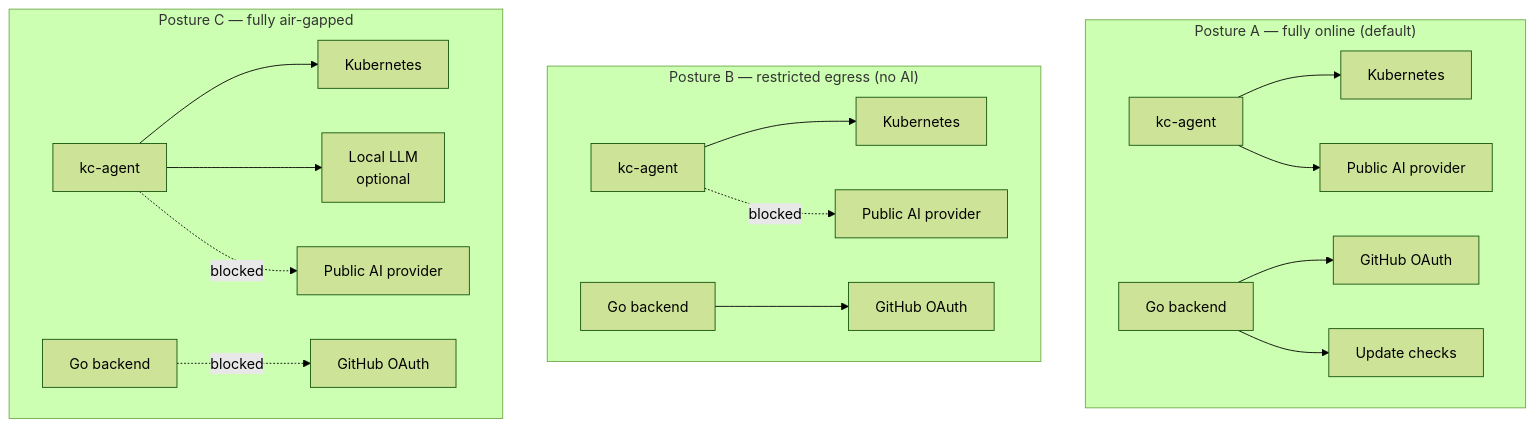
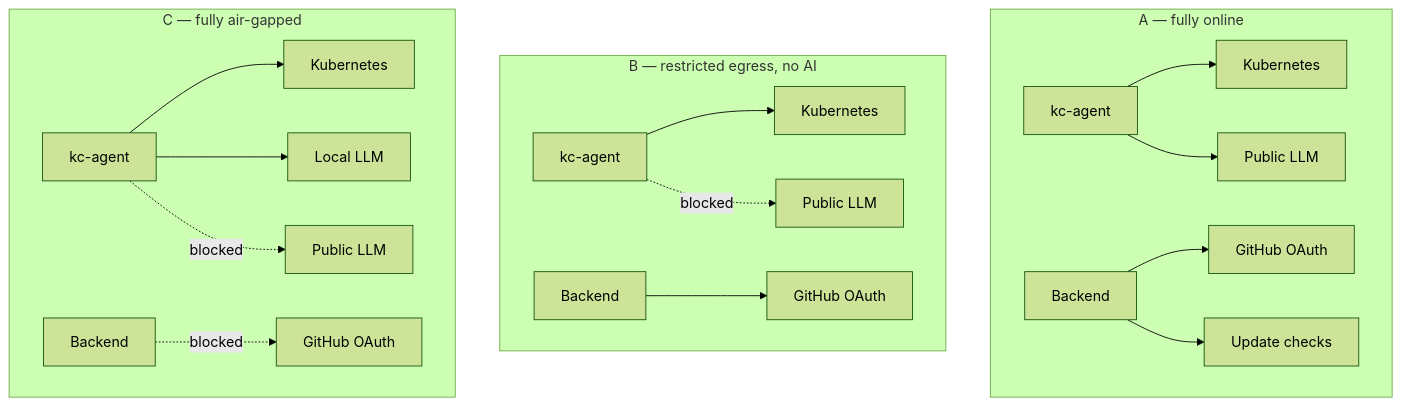
The third of 4 diagrams in docs/content/console/security-model.md (kubestellar/docs), drawn with Mermaid (forest theme) before and after one commit. The commit also changed other lines of this file, not shown here.

Commit message:
📖 docs(console): shorten mermaid node labels to fix truncation

````diff
--- a/docs/content/console/security-model.md
+++ b/docs/content/console/security-model.md
@@ -112,25 +122,25 @@
 ```mermaid
 flowchart TB
-    subgraph A["Posture A — fully online (default)"]
+    subgraph A["A — fully online"]
         direction LR
         A_KA[kc-agent] --> A_K8S[Kubernetes]
-        A_KA --> A_AI[Public AI provider]
-        A_GB[Go backend] --> A_GH[GitHub OAuth]
+        A_KA --> A_AI[Public LLM]
+        A_GB[Backend] --> A_GH[GitHub OAuth]
         A_GB --> A_UP[Update checks]
     end
 
-    subgraph B["Posture B — restricted egress (no AI)"]
+    subgraph B["B — restricted egress, no AI"]
         direction LR
         B_KA[kc-agent] --> B_K8S[Kubernetes]
-        B_KA -.blocked.-> B_AI[Public AI provider]
-        B_GB[Go backend] --> B_GH[GitHub OAuth]
+        B_KA -.blocked.-> B_AI[Public LLM]
+        B_GB[Backend] --> B_GH[GitHub OAuth]
     end
 
-    subgraph C["Posture C — fully air-gapped"]
+    subgraph C["C — fully air-gapped"]
         direction LR
         C_KA[kc-agent] --> C_K8S[Kubernetes]
-        C_KA --> C_LLM[Local LLM<br/>optional]
-        C_KA -.blocked.-> C_AI[Public AI provider]
-        C_GB[Go backend] -.blocked.-> C_GH[GitHub OAuth]
+        C_KA --> C_LLM[Local LLM]
+        C_KA -.blocked.-> C_AI[Public LLM]
+        C_GB[Backend] -.blocked.-> C_GH[GitHub OAuth]
     end
 ```
````
